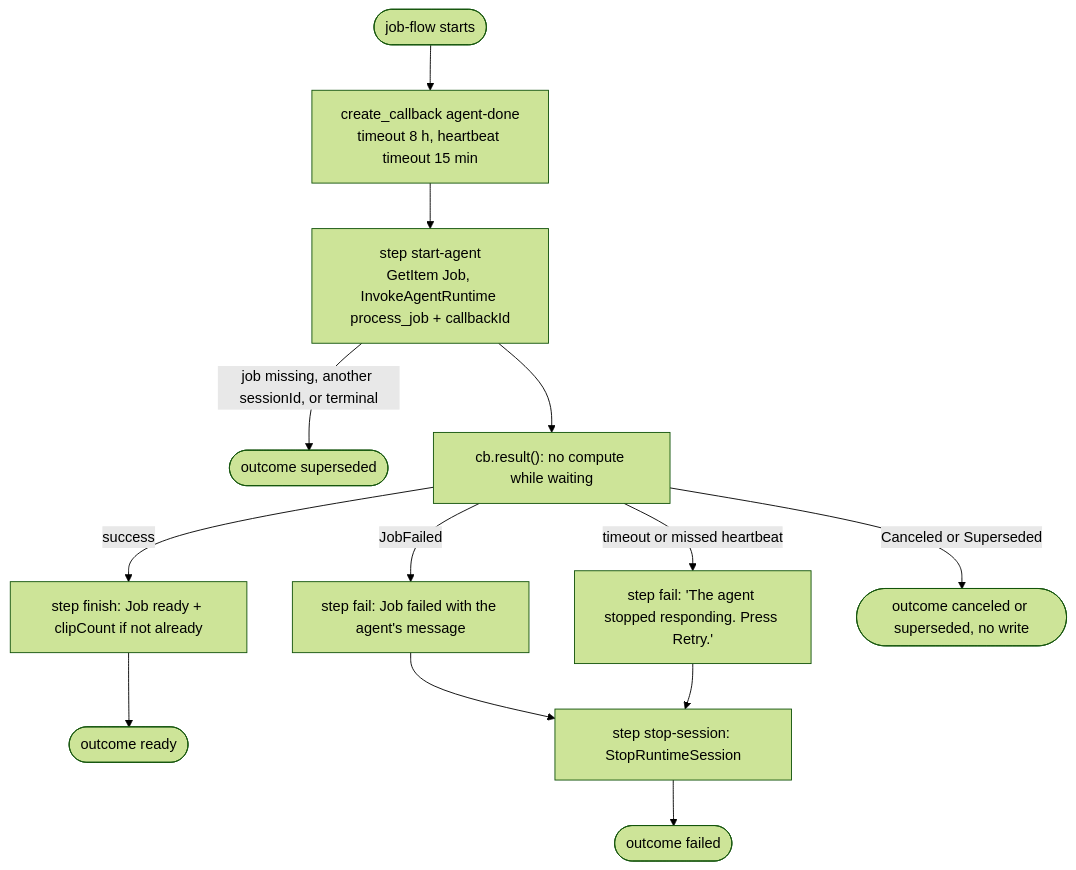
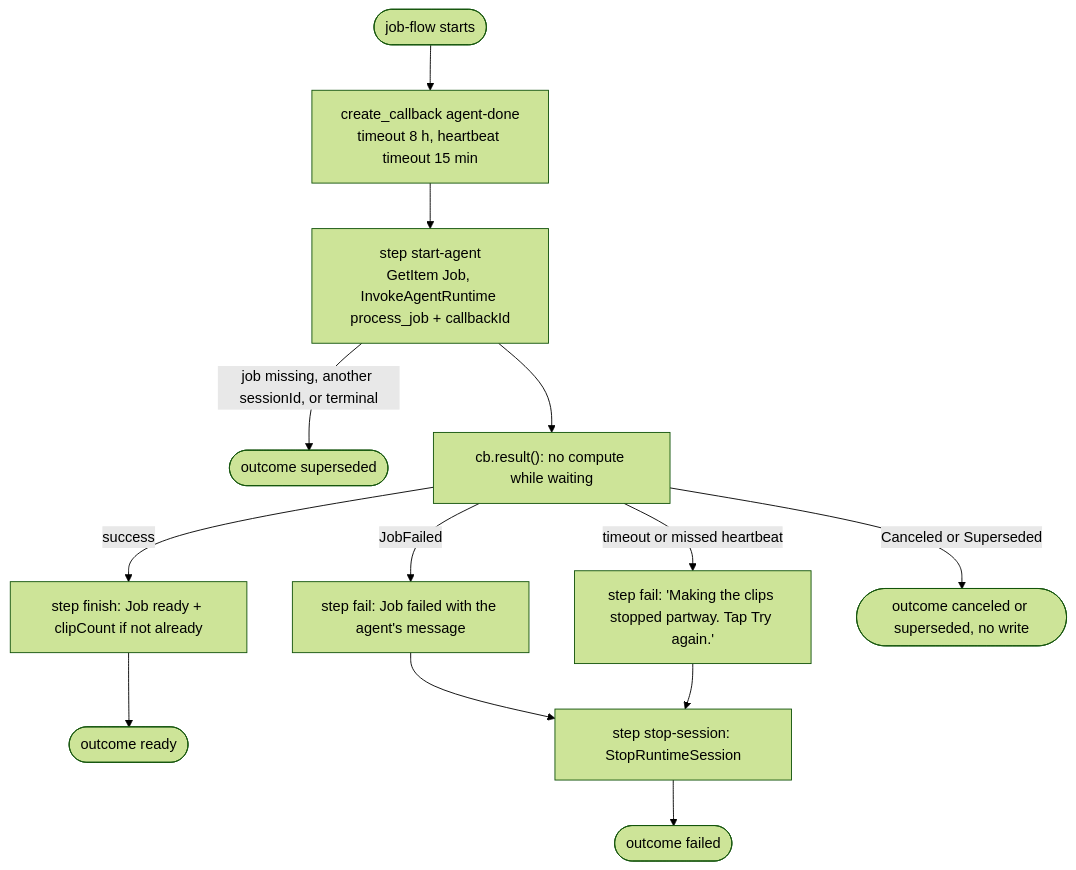
One commit to Lamo2real/clip-factory changed the fourth of 20 diagrams in docs/ARCHITECTURE.md. Above: the diagram before and after it, drawn with Mermaid (forest theme). The commit also changed other lines of this file and 63 other files, not shown here.

````diff
--- a/docs/ARCHITECTURE.md
+++ b/docs/ARCHITECTURE.md
@@ -205,13 +205,13 @@
 ```mermaid
 flowchart TD
   start([job-flow starts]) --> cb["create_callback agent-done<br/>timeout 8 h, heartbeat timeout 15 min"]
   cb --> sa["step start-agent<br/>GetItem Job, InvokeAgentRuntime process_job + callbackId"]
   sa -- "job missing, another sessionId, or terminal" --> sup([outcome superseded])
   sa --> wait["cb.result(): no compute while waiting"]
   wait -- success --> fin["step finish: Job ready + clipCount if not already"] --> ready([outcome ready])
   wait -- "JobFailed" --> fail["step fail: Job failed with the agent's message"]
-  wait -- "timeout or missed heartbeat" --> fail2["step fail: 'The agent stopped responding. Press Retry.'"]
+  wait -- "timeout or missed heartbeat" --> fail2["step fail: 'Making the clips stopped partway. Tap Try again.'"]
   wait -- "Canceled or Superseded" --> nowrite([outcome canceled or superseded, no write])
   fail --> stop["step stop-session: StopRuntimeSession"] --> failed([outcome failed])
   fail2 --> stop
 ```
````
